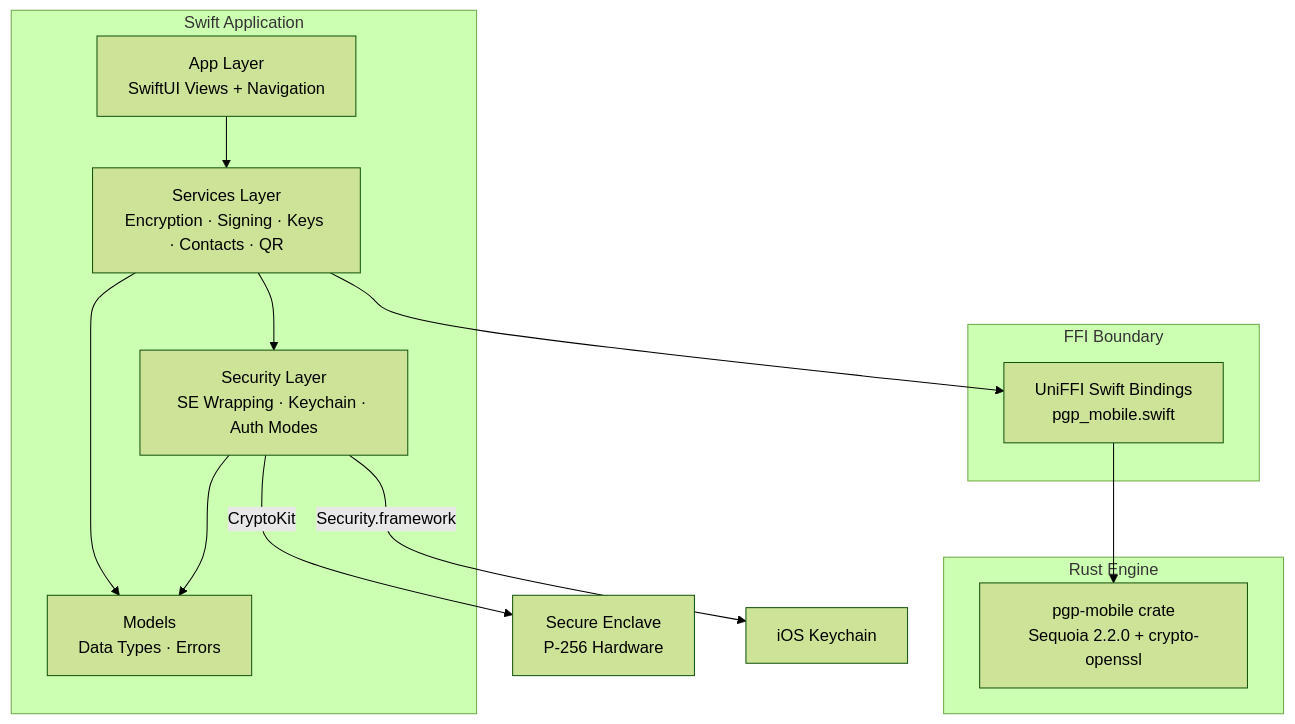
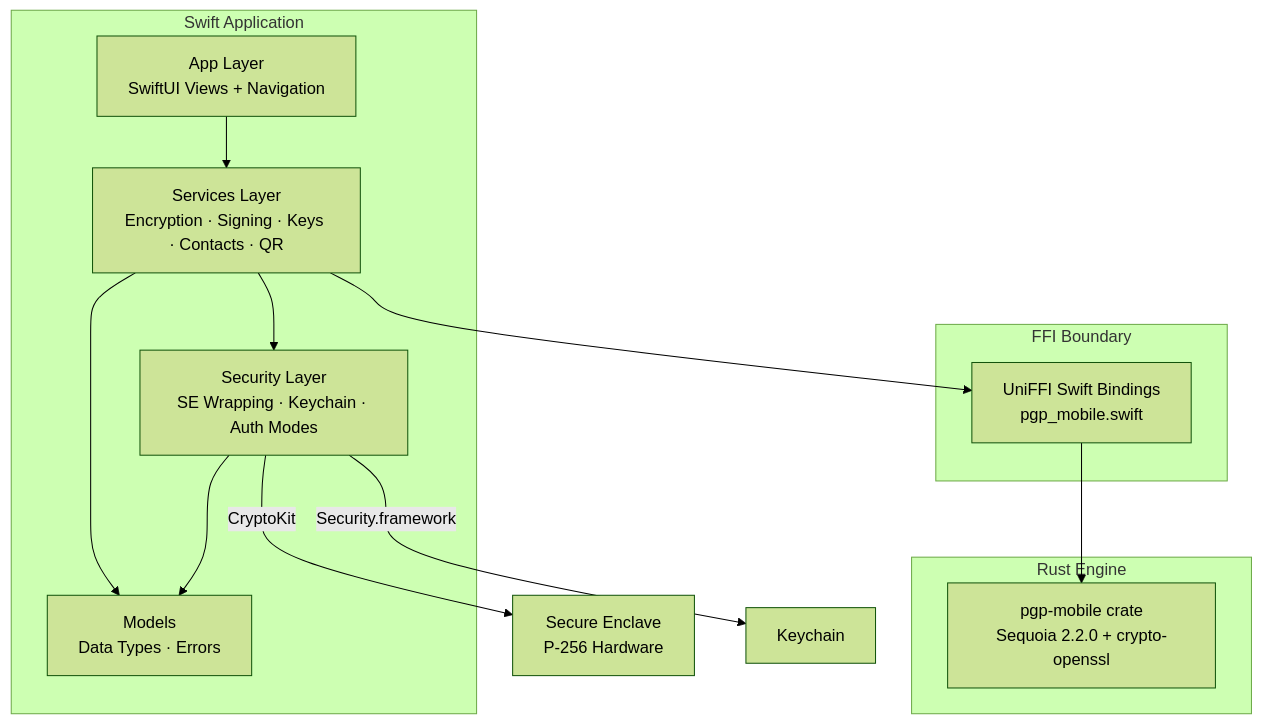
The first of 6 diagrams in docs/ARCHITECTURE.md (cypherair/cypherair), drawn with Mermaid (forest theme) before and after one commit. The commit also changed other lines of this file and 13 other files, not shown here.

````diff
--- a/docs/ARCHITECTURE.md
+++ b/docs/ARCHITECTURE.md
@@ -10,26 +10,26 @@
 ```mermaid
 graph TB
     subgraph "Swift Application"
         UI["App Layer<br/>SwiftUI Views + Navigation"]
         SVC["Services Layer<br/>Encryption · Signing · Keys · Contacts · QR"]
         SEC["Security Layer<br/>SE Wrapping · Keychain · Auth Modes"]
         MOD["Models<br/>Data Types · Errors"]
     end
 
     subgraph "FFI Boundary"
         BIND["UniFFI Swift Bindings<br/>pgp_mobile.swift"]
     end
 
     subgraph "Rust Engine"
         PGP["pgp-mobile crate<br/>Sequoia 2.2.0 + crypto-openssl"]
     end
 
     UI --> SVC
     SVC --> SEC
     SVC --> BIND
     SEC --> |CryptoKit| SE["Secure Enclave<br/>P-256 Hardware"]
-    SEC --> |Security.framework| KC["iOS Keychain"]
+    SEC --> |Security.framework| KC["Keychain"]
     BIND --> PGP
     SVC --> MOD
     SEC --> MOD
 ```
````
